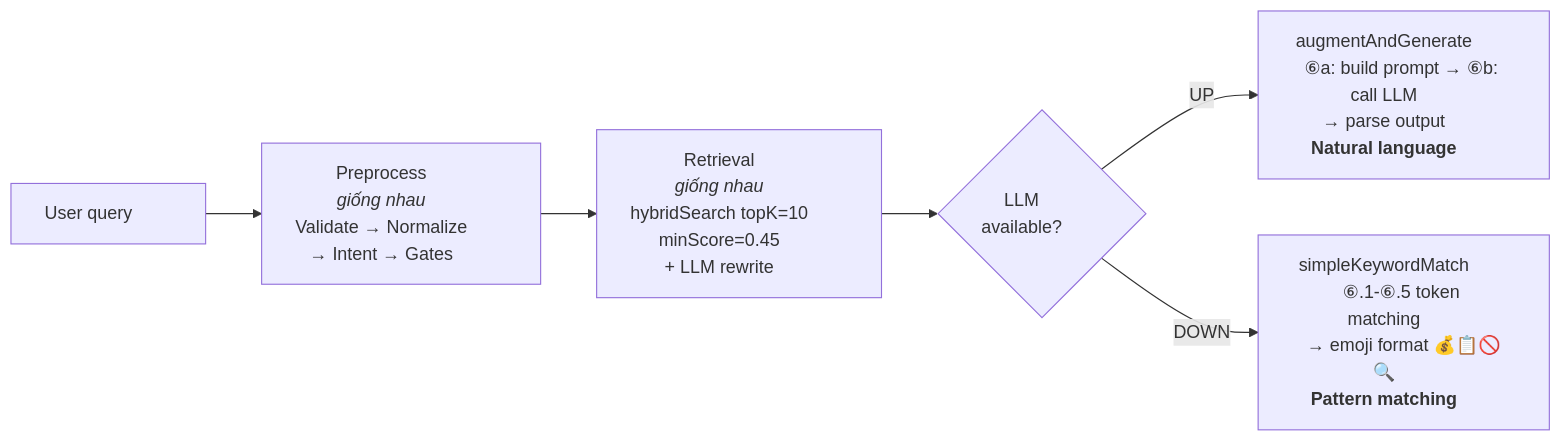
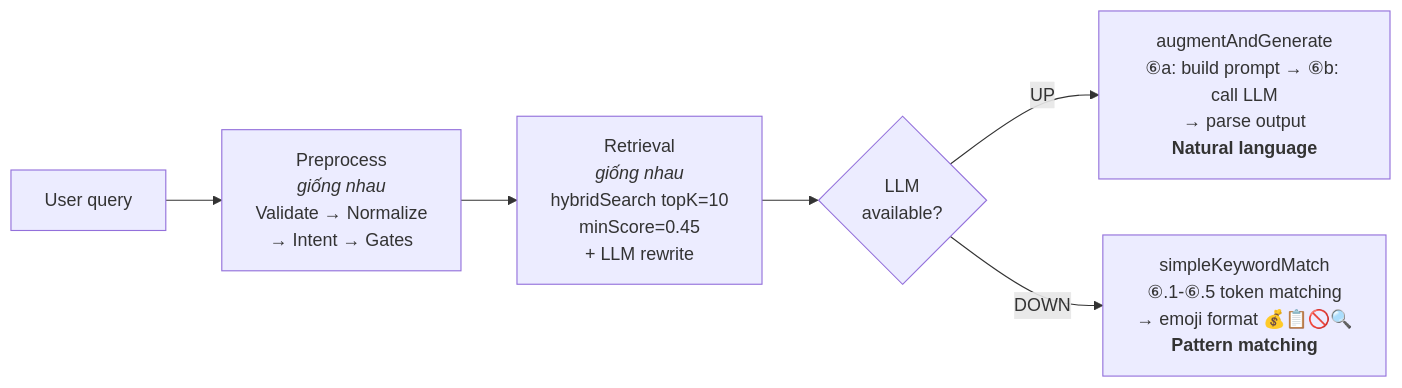
The second of 2 diagrams in backend/RAG_CHATBOT_PIPELINE.md (MinhThang1009/E-commerce-website), drawn with Mermaid before and after one commit. The commit also changed other lines of this file, not shown here.

First line of the commit message:
docs(ai): bỏ &nbsp; tất cả nodes, chỉ thêm trailing cho 7 nodes dài bị cắt

````diff
--- a/backend/RAG_CHATBOT_PIPELINE.md
+++ b/backend/RAG_CHATBOT_PIPELINE.md
@@ -380,8 +380,8 @@
 ```mermaid
 flowchart LR
-    A["User query&nbsp;&nbsp;&nbsp;&nbsp;&nbsp;&nbsp;&nbsp;&nbsp;"] --> B["Preprocess&nbsp;&nbsp;&nbsp;&nbsp;&nbsp;&nbsp;&nbsp;&nbsp;<br/><i>giống nhau</i>&nbsp;&nbsp;&nbsp;&nbsp;&nbsp;&nbsp;&nbsp;&nbsp;<br/>Validate → Normalize&nbsp;&nbsp;&nbsp;&nbsp;&nbsp;&nbsp;&nbsp;&nbsp;<br/>→ Intent → Gates&nbsp;&nbsp;&nbsp;&nbsp;&nbsp;&nbsp;&nbsp;&nbsp;"]
-    B --> C["Retrieval&nbsp;&nbsp;&nbsp;&nbsp;&nbsp;&nbsp;&nbsp;&nbsp;<br/><i>giống nhau</i>&nbsp;&nbsp;&nbsp;&nbsp;&nbsp;&nbsp;&nbsp;&nbsp;<br/>hybridSearch topK=10&nbsp;&nbsp;&nbsp;&nbsp;&nbsp;&nbsp;&nbsp;&nbsp;<br/>minScore=0.45&nbsp;&nbsp;&nbsp;&nbsp;&nbsp;&nbsp;&nbsp;&nbsp;<br/>+ LLM rewrite&nbsp;&nbsp;&nbsp;&nbsp;&nbsp;&nbsp;&nbsp;&nbsp;"]
-    C --> D{"LLM&nbsp;&nbsp;&nbsp;&nbsp;&nbsp;&nbsp;&nbsp;&nbsp;<br/>available?&nbsp;&nbsp;&nbsp;&nbsp;&nbsp;&nbsp;&nbsp;&nbsp;"}
-    D -->|UP| E["augmentAndGenerate&nbsp;&nbsp;&nbsp;&nbsp;&nbsp;&nbsp;&nbsp;&nbsp;<br/>⑥a: build prompt → ⑥b: call LLM&nbsp;&nbsp;&nbsp;&nbsp;&nbsp;&nbsp;&nbsp;&nbsp;<br/>→ parse output&nbsp;&nbsp;&nbsp;&nbsp;&nbsp;&nbsp;&nbsp;&nbsp;<br/><b>Natural language</b>&nbsp;&nbsp;&nbsp;&nbsp;&nbsp;&nbsp;&nbsp;&nbsp;"]
-    D -->|DOWN| F["simpleKeywordMatch&nbsp;&nbsp;&nbsp;&nbsp;&nbsp;&nbsp;&nbsp;&nbsp;<br/>⑥.1-⑥.5 token matching&nbsp;&nbsp;&nbsp;&nbsp;&nbsp;&nbsp;&nbsp;&nbsp;<br/>→ emoji format 💰📋🚫🔍&nbsp;&nbsp;&nbsp;&nbsp;&nbsp;&nbsp;&nbsp;&nbsp;<br/><b>Pattern matching</b>&nbsp;&nbsp;&nbsp;&nbsp;&nbsp;&nbsp;&nbsp;&nbsp;"]
+    A["User query"] --> B["Preprocess<br/><i>giống nhau</i><br/>Validate → Normalize<br/>→ Intent → Gates"]
+    B --> C["Retrieval<br/><i>giống nhau</i><br/>hybridSearch topK=10<br/>minScore=0.45<br/>+ LLM rewrite"]
+    C --> D{"LLM<br/>available?"}
+    D -->|UP| E["augmentAndGenerate<br/>⑥a: build prompt → ⑥b: call LLM<br/>→ parse output<br/><b>Natural language</b>"]
+    D -->|DOWN| F["simpleKeywordMatch<br/>⑥.1-⑥.5 token matching<br/>→ emoji format 💰📋🚫🔍<br/><b>Pattern matching</b>"]
 ```
````
